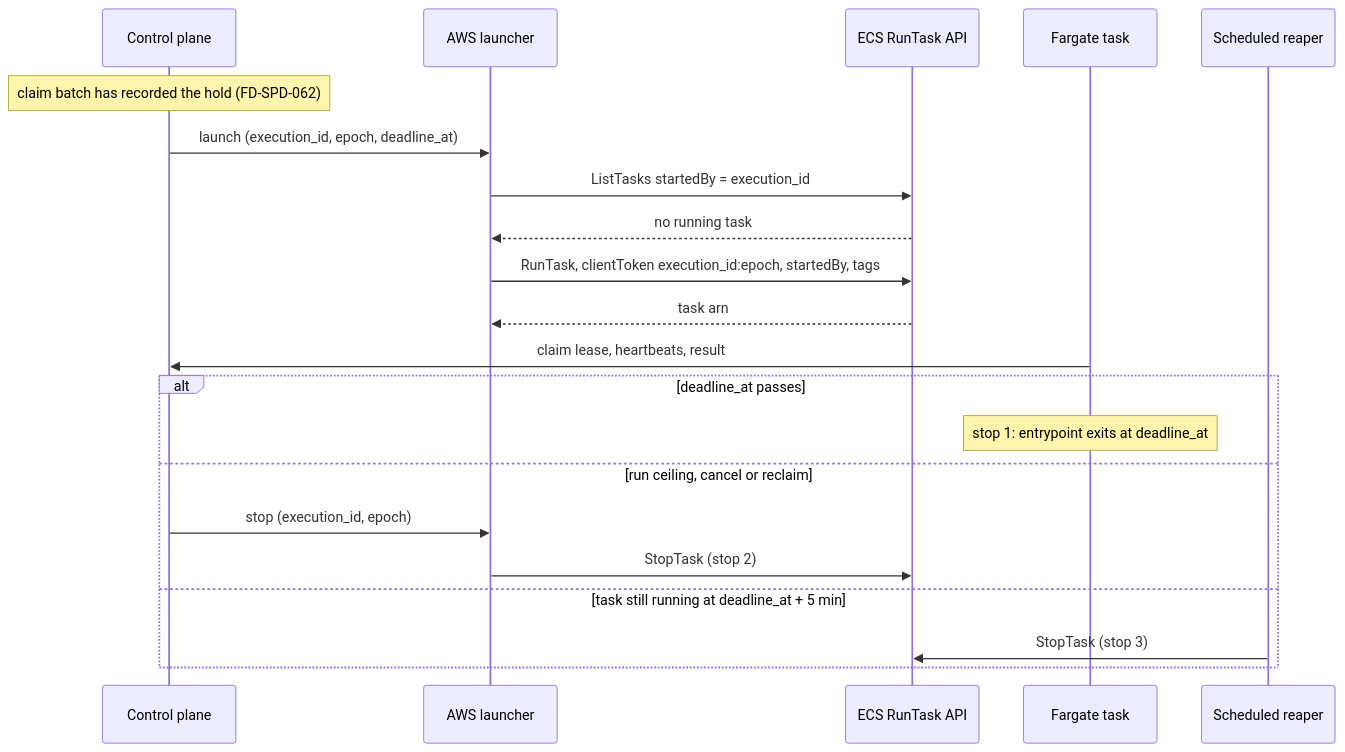
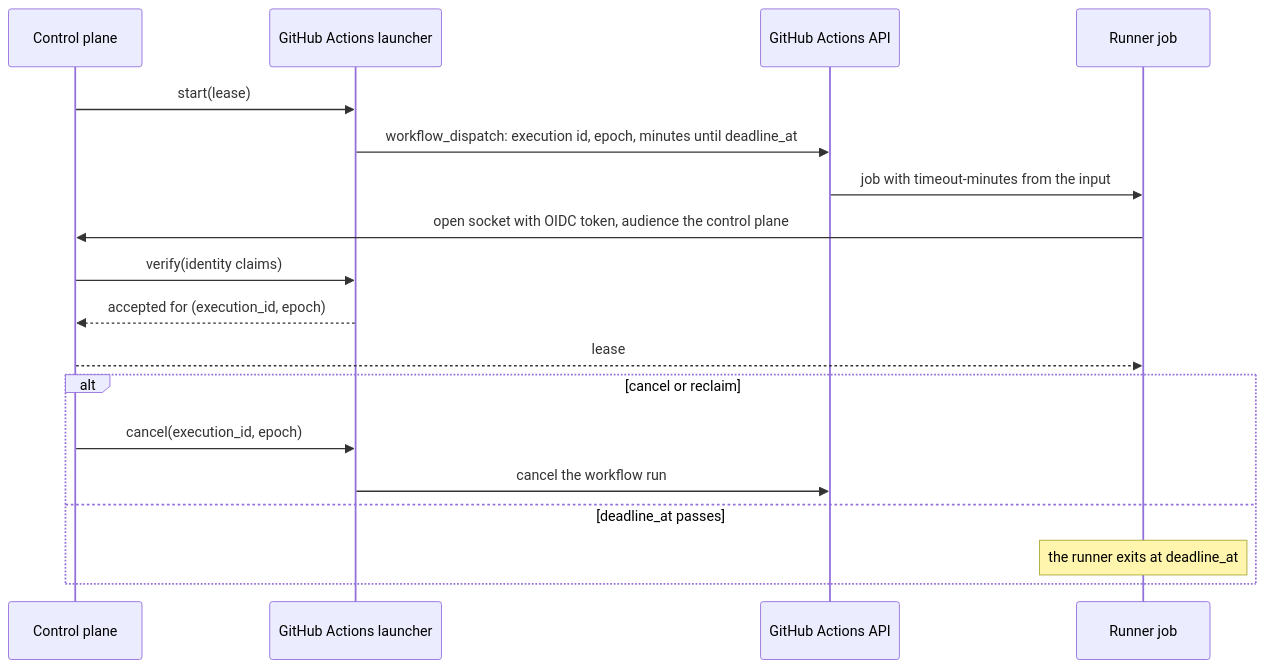
The diagram in specs/executors.md (fractalboxdev/flare-dispatch), drawn with Mermaid before and after one commit. The commit also changed other lines of this file and 45 other files, not shown here.

````diff
--- a/specs/executors.md
+++ b/specs/executors.md
@@ -164,24 +51,21 @@
 ```mermaid
 sequenceDiagram
-  accTitle: AWS launch, the three stops and the relaunch check
+  accTitle: Start, claim and cancel of a gha execution
   participant CP as Control plane
-  participant L as AWS launcher
-  participant ECS as ECS RunTask API
-  participant T as Fargate task
-  participant R as Scheduled reaper
-  Note over CP: claim batch has recorded the hold (FD-SPD-062)
-  CP->>L: launch (execution_id, epoch, deadline_at)
-  L->>ECS: ListTasks startedBy = execution_id
-  ECS-->>L: no running task
-  L->>ECS: RunTask, clientToken execution_id:epoch, startedBy, tags
-  ECS-->>L: task arn
-  T->>CP: claim lease, heartbeats, result
-  alt deadline_at passes
-    Note over T: stop 1: entrypoint exits at deadline_at
-  else run ceiling, cancel or reclaim
-    CP->>L: stop (execution_id, epoch)
-    L->>ECS: StopTask (stop 2)
-  else task still running at deadline_at + 5 min
-    R->>ECS: StopTask (stop 3)
+  participant LP as GitHub Actions launcher
+  participant GA as GitHub Actions API
+  participant J as Runner job
+  CP->>LP: start(lease)
+  LP->>GA: workflow_dispatch: execution id, epoch, minutes until deadline_at
+  GA->>J: job with timeout-minutes from the input
+  J->>CP: open socket with OIDC token, audience the control plane
+  CP->>LP: verify(identity claims)
+  LP-->>CP: accepted for (execution_id, epoch)
+  CP-->>J: lease
+  alt cancel or reclaim
+    CP->>LP: cancel(execution_id, epoch)
+    LP->>GA: cancel the workflow run
+  else deadline_at passes
+    Note over J: the runner exits at deadline_at
   end
 ```
````
